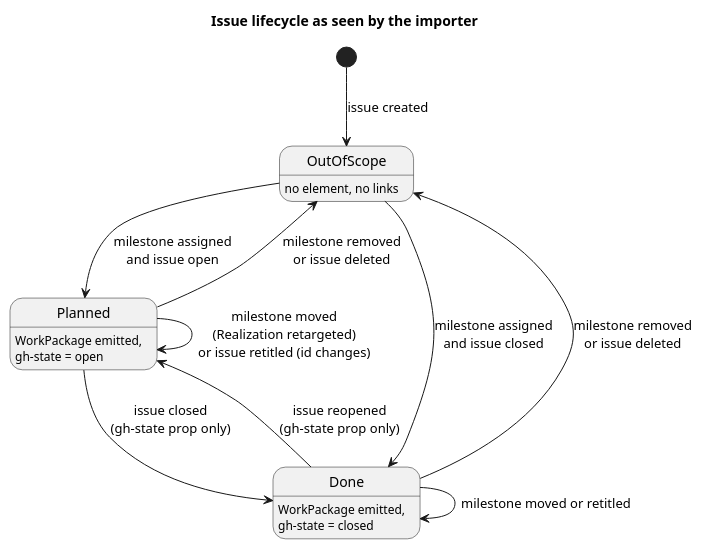
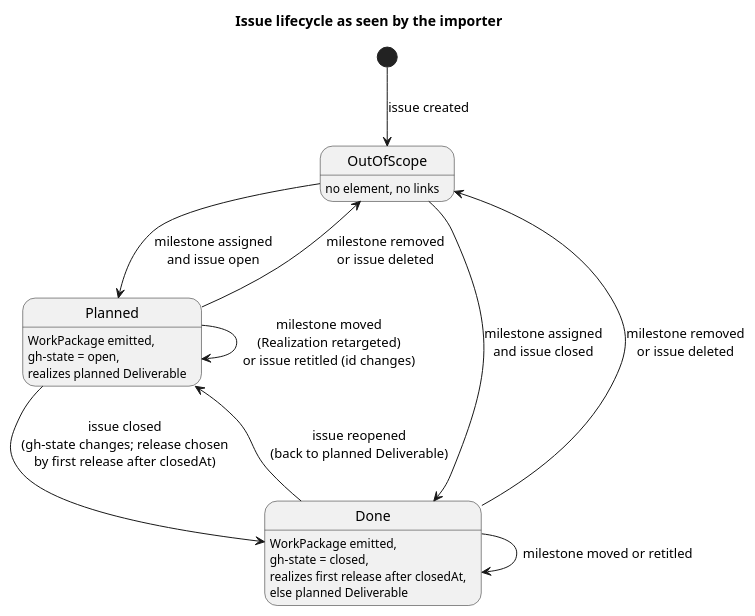
One commit to wolffy-au/frictionless-architect changed the second of 2 diagrams in specs/003-gh-roadmap-archimate/data-model.md. Above: the diagram before and after it, drawn with PlantUML. The commit also changed other lines of this file, not shown here.

First line of the commit message:
docs(specs): carry release and Deliverable rules into the data model

````diff
--- a/specs/003-gh-roadmap-archimate/data-model.md
+++ b/specs/003-gh-roadmap-archimate/data-model.md
@@ -163,20 +203,20 @@
 ```plantuml
 @startuml
 title Issue lifecycle as seen by the importer
 hide empty description
 
 [*] --> OutOfScope : issue created
 OutOfScope --> Planned : milestone assigned\nand issue open
 OutOfScope --> Done : milestone assigned\nand issue closed
-Planned --> Done : issue closed\n(gh-state prop only)
-Done --> Planned : issue reopened\n(gh-state prop only)
+Planned --> Done : issue closed\n(gh-state changes; release chosen\nby first release after closedAt)
+Done --> Planned : issue reopened\n(back to planned Deliverable)
 Planned --> Planned : milestone moved\n(Realization retargeted)\nor issue retitled (id changes)
 Done --> Done : milestone moved or retitled
 Planned --> OutOfScope : milestone removed\nor issue deleted
 Done --> OutOfScope : milestone removed\nor issue deleted
 
 state OutOfScope : no element, no links
-state Planned : WorkPackage emitted,\ngh-state = open
-state Done : WorkPackage emitted,\ngh-state = closed
+state Planned : WorkPackage emitted,\ngh-state = open,\nrealizes planned Deliverable
+state Done : WorkPackage emitted,\ngh-state = closed,\nrealizes first release after closedAt,\nelse planned Deliverable
 @enduml
 ```
````
